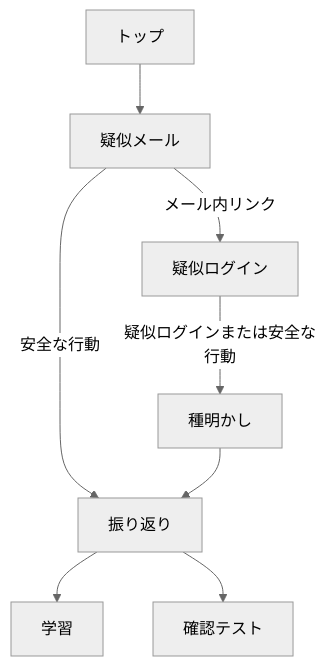
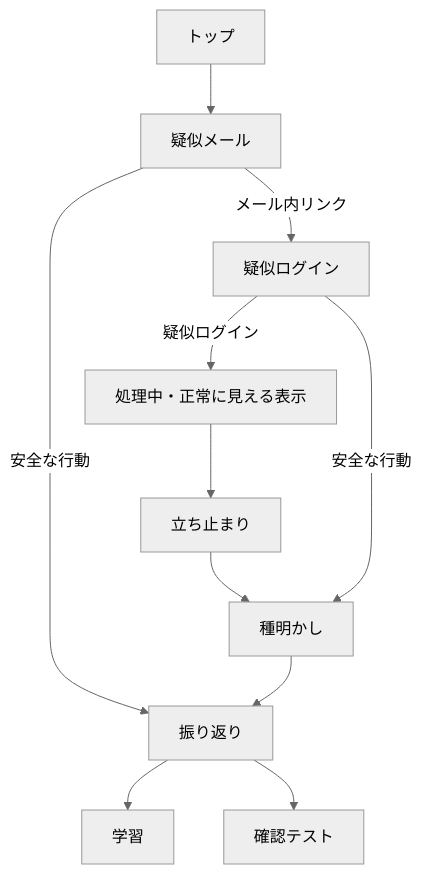
The second of 2 diagrams in docs/architecture.md (nao-dev-space/phishing-awareness), drawn with Mermaid (neutral theme) before and after one commit. The commit also changed other lines of this file and 14 other files, not shown here.

````diff
--- a/docs/architecture.md
+++ b/docs/architecture.md
@@ -20,10 +20,13 @@
 ```mermaid
 flowchart TD
   Home["トップ"] --> Mail["疑似メール"]
   Mail -->|"メール内リンク"| Login["疑似ログイン"]
   Mail -->|"安全な行動"| Review["振り返り"]
-  Login -->|"疑似ログインまたは安全な行動"| Reveal["種明かし"]
+  Login -->|"疑似ログイン"| Progress["処理中・正常に見える表示"]
+  Progress --> Checkpoint["立ち止まり"]
+  Checkpoint --> Reveal["種明かし"]
+  Login -->|"安全な行動"| Reveal
   Reveal --> Review
   Review --> Learn["学習"]
   Review --> Quiz["確認テスト"]
 ```
````
